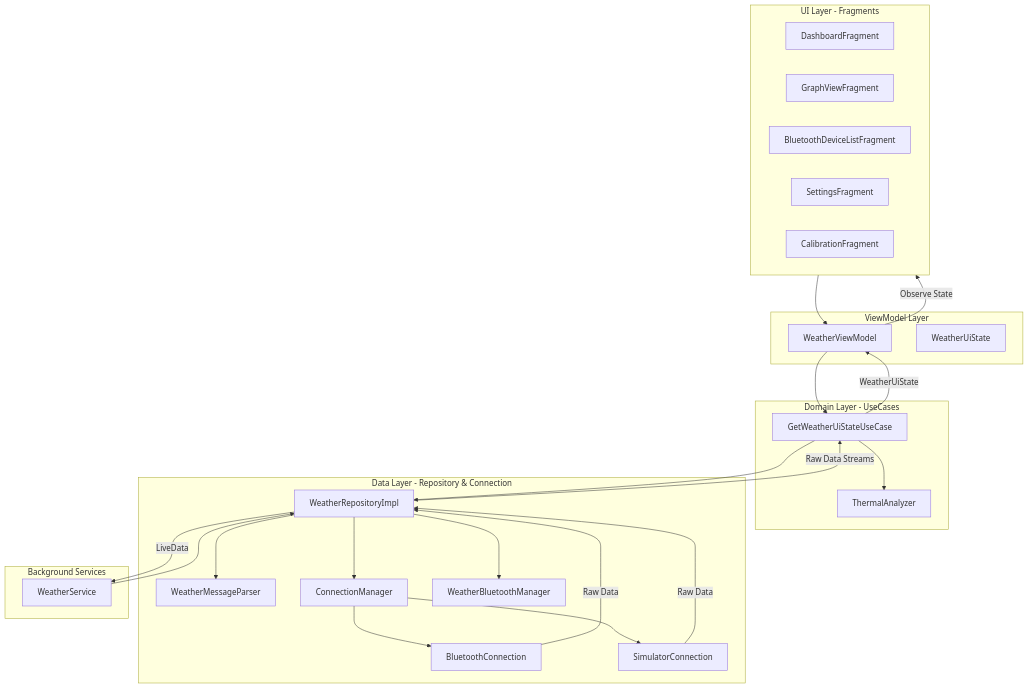
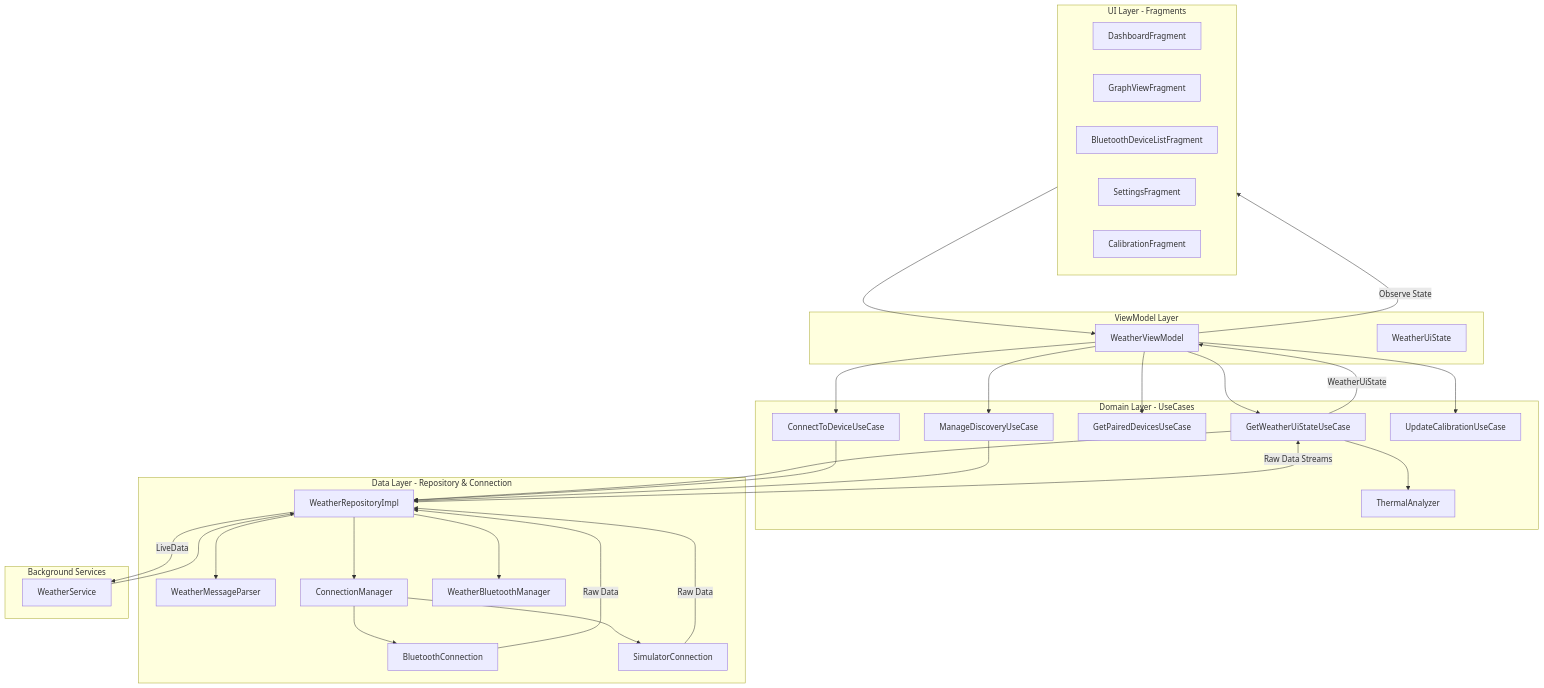
One commit to Kresshy/Weather-Station changed the diagram in ARCHITECTURE.md. Above: the diagram before and after it, drawn with Mermaid. The commit also changed other lines of this file, not shown here.

Commit message:
Docs: Update ARCHITECTURE.md with new Domain Layer components

````diff
--- a/ARCHITECTURE.md
+++ b/ARCHITECTURE.md
@@ -9,53 +9,63 @@
 ```mermaid
 graph TD
     subgraph UI_Layer [UI Layer - Fragments]
         DF[DashboardFragment]
         GVF[GraphViewFragment]
         BDLF[BluetoothDeviceListFragment]
         SF[SettingsFragment]
         CF[CalibrationFragment]
     end
 
     subgraph ViewModel_Layer [ViewModel Layer]
         WVM[WeatherViewModel]
         WUS[WeatherUiState]
     end
 
     subgraph Domain_Layer [Domain Layer - UseCases]
         GWUS[GetWeatherUiStateUseCase]
+        CTD[ConnectToDeviceUseCase]
+        GPD[GetPairedDevicesUseCase]
+        MD[ManageDiscoveryUseCase]
+        UC[UpdateCalibrationUseCase]
         TA[ThermalAnalyzer]
     end
 
     subgraph Data_Layer [Data Layer - Repository & Connection]
         WRI[WeatherRepositoryImpl]
         WMP[WeatherMessageParser]
         CM[ConnectionManager]
         WBM[WeatherBluetoothManager]
         BC[BluetoothConnection]
         SC[SimulatorConnection]
     end
 
     subgraph Service_Layer [Background Services]
         WS[WeatherService]
     end
 
     %% Component Interactions
     UI_Layer --> WVM
     WVM --> GWUS
+    WVM --> CTD
+    WVM --> GPD
+    WVM --> MD
+    WVM --> UC
     GWUS --> WRI
     GWUS --> TA
+    CTD --> WRI
+    MD --> WRI
     WS --> WRI
     WRI --> CM
     WRI --> WBM
     WRI --> WMP
     CM --> BC
     CM --> SC
 
     %% Data Flow (LiveData / UDF)
     WRI -- "Raw Data Streams" --> GWUS
     GWUS -- "WeatherUiState" --> WVM
     WVM -- "Observe State" --> UI_Layer
     WRI -- "LiveData" --> WS
     BC -- "Raw Data" --> WRI
     SC -- "Raw Data" --> WRI
 ```
````
